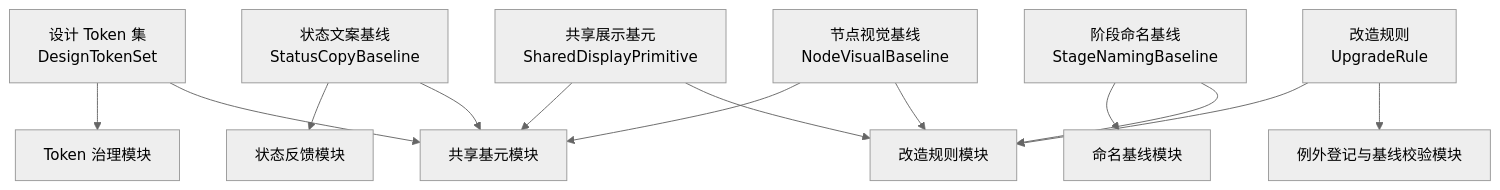
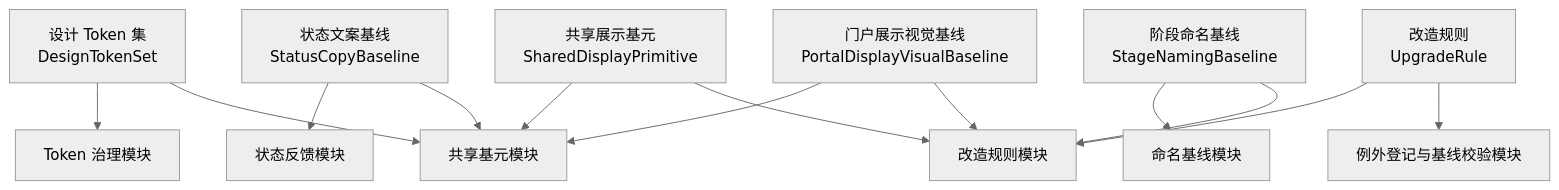
Before and after one commit to wgwtest/CodeFactoryV2: the third of 4 diagrams in DOC/CODEX_DOC/02_设计说明/P6_门户与平台入口/P6.3-设计语言与前端展示基线设计.md, drawn with Mermaid (neutral theme). The commit also changed other lines of this file and 94 other files, not shown here.

````diff
--- a/DOC/CODEX_DOC/02_设计说明/P6_门户与平台入口/P6.3-设计语言与前端展示基线设计.md
+++ b/DOC/CODEX_DOC/02_设计说明/P6_门户与平台入口/P6.3-设计语言与前端展示基线设计.md
@@ -335,15 +357,15 @@
 ```mermaid
 flowchart TD
     O1["设计 Token 集<br/>DesignTokenSet"] --> M1["Token 治理模块"]
     O1 --> M4["共享基元模块"]
     O2["阶段命名基线<br/>StageNamingBaseline"] --> M2["命名基线模块"]
     O2 --> M5["改造规则模块"]
     O3["状态文案基线<br/>StatusCopyBaseline"] --> M3["状态反馈模块"]
     O3 --> M4
     O4["共享展示基元<br/>SharedDisplayPrimitive"] --> M4
     O4 --> M5
-    O5["节点视觉基线<br/>NodeVisualBaseline"] --> M4
+    O5["门户展示视觉基线<br/>PortalDisplayVisualBaseline"] --> M4
     O5 --> M5
     O6["改造规则<br/>UpgradeRule"] --> M5
     O6 --> M6["例外登记与基线校验模块"]
 ```
````
